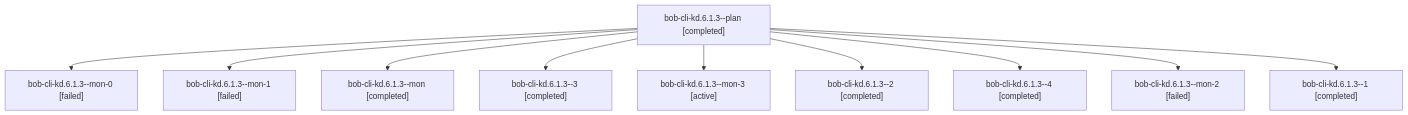
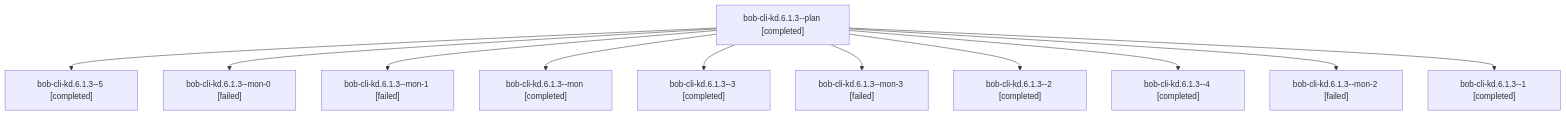
The diagram in sessions/bbugyi200.athena.bob-cli-kd.6.1.3.md (bobs-org/bob-cli--agents), drawn with Mermaid before and after one commit. The commit also changed other lines of this file and 60 other files, not shown here.

````diff
--- a/sessions/bbugyi200.athena.bob-cli-kd.6.1.3.md
+++ b/sessions/bbugyi200.athena.bob-cli-kd.6.1.3.md
@@ -9,22 +9,24 @@
 ```mermaid
 flowchart TD
   n0["bob-cli-kd.6.1.3--plan [completed]"]
-  n1["bob-cli-kd.6.1.3--mon-0 [failed]"]
+  n1["bob-cli-kd.6.1.3--5 [completed]"]
   n0 --> n1
-  n2["bob-cli-kd.6.1.3--mon-1 [failed]"]
+  n2["bob-cli-kd.6.1.3--mon-0 [failed]"]
   n0 --> n2
-  n3["bob-cli-kd.6.1.3--mon [completed]"]
+  n3["bob-cli-kd.6.1.3--mon-1 [failed]"]
   n0 --> n3
-  n4["bob-cli-kd.6.1.3--3 [completed]"]
+  n4["bob-cli-kd.6.1.3--mon [completed]"]
   n0 --> n4
-  n5["bob-cli-kd.6.1.3--mon-3 [active]"]
+  n5["bob-cli-kd.6.1.3--3 [completed]"]
   n0 --> n5
-  n6["bob-cli-kd.6.1.3--2 [completed]"]
+  n6["bob-cli-kd.6.1.3--mon-3 [failed]"]
   n0 --> n6
-  n7["bob-cli-kd.6.1.3--4 [completed]"]
+  n7["bob-cli-kd.6.1.3--2 [completed]"]
   n0 --> n7
-  n8["bob-cli-kd.6.1.3--mon-2 [failed]"]
+  n8["bob-cli-kd.6.1.3--4 [completed]"]
   n0 --> n8
-  n9["bob-cli-kd.6.1.3--1 [completed]"]
+  n9["bob-cli-kd.6.1.3--mon-2 [failed]"]
   n0 --> n9
+  n10["bob-cli-kd.6.1.3--1 [completed]"]
+  n0 --> n10
 ```
````
